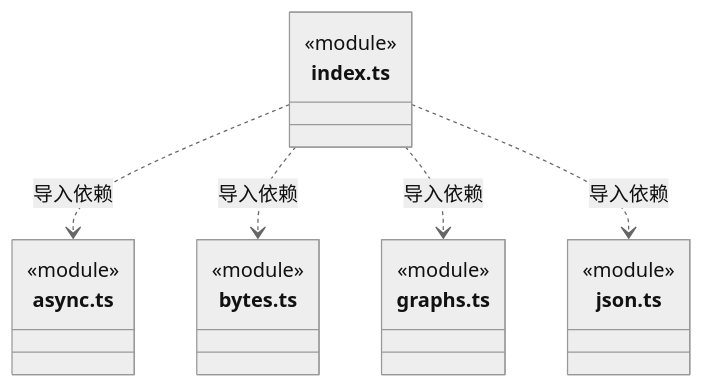
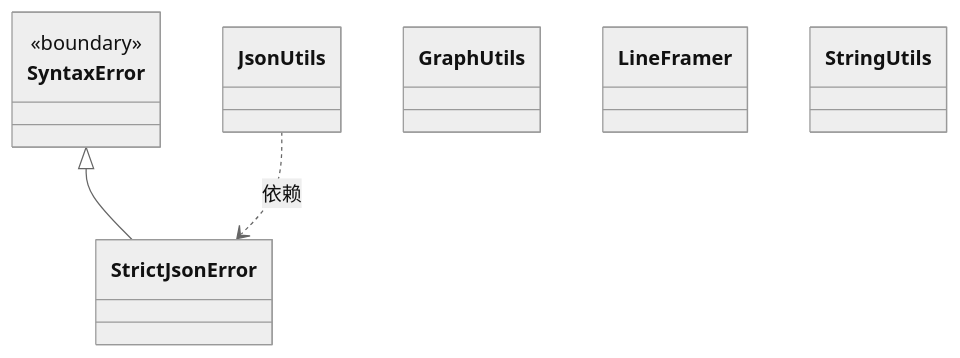
One commit to nan023062/cbim changed the second of 2 diagrams in src/core/utility/ARCHITECTURE.md. Above: the diagram before and after it, drawn with Mermaid (neutral theme). The commit also changed other lines of this file and 158 other files, not shown here.

Commit message:
docs: model architecture through nested virtual encapsulations

````diff
--- a/src/core/utility/ARCHITECTURE.md
+++ b/src/core/utility/ARCHITECTURE.md
@@ -350,22 +51,18 @@
 ```mermaid
 classDiagram
-class N_src_core_utility_index_ts["index.ts"] {
-  <<module>>
+class N_5fb3965db8bf["StrictJsonError"]
+click N_5fb3965db8bf href "json.ts"
+class N_9c152fa63631["SyntaxError"] {
+  <<boundary>>
 }
-class N_src_core_utility_async_ts["async.ts"] {
-  <<module>>
-}
-class N_src_core_utility_bytes_ts["bytes.ts"] {
-  <<module>>
-}
-class N_src_core_utility_graphs_ts["graphs.ts"] {
-  <<module>>
-}
-class N_src_core_utility_json_ts["json.ts"] {
-  <<module>>
-}
-N_src_core_utility_index_ts ..> N_src_core_utility_async_ts : 导入依赖
-N_src_core_utility_index_ts ..> N_src_core_utility_bytes_ts : 导入依赖
-N_src_core_utility_index_ts ..> N_src_core_utility_graphs_ts : 导入依赖
-N_src_core_utility_index_ts ..> N_src_core_utility_json_ts : 导入依赖
+class N_b2aaa0361196["JsonUtils"]
+click N_b2aaa0361196 href "json.ts"
+class N_2be749d7f0c5["GraphUtils"]
+click N_2be749d7f0c5 href "graphs.ts"
+class N_7dda93104810["LineFramer"]
+click N_7dda93104810 href "strings.ts"
+class N_6ae337cafce6["StringUtils"]
+click N_6ae337cafce6 href "strings.ts"
+N_9c152fa63631 <|-- N_5fb3965db8bf
+N_b2aaa0361196 ..> N_5fb3965db8bf : 依赖
 ```
````
